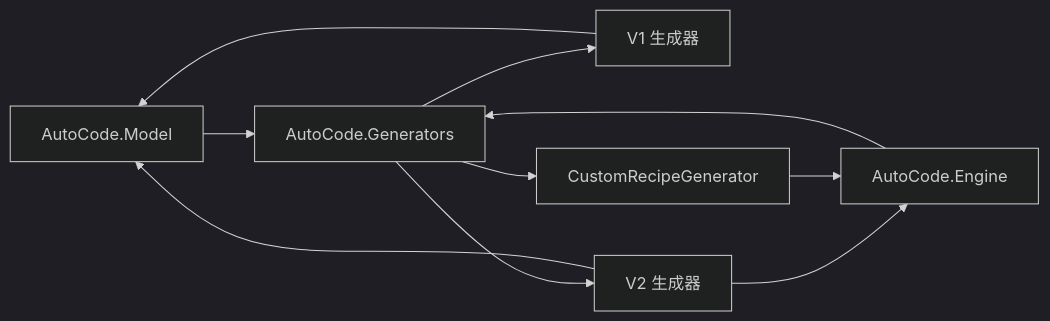
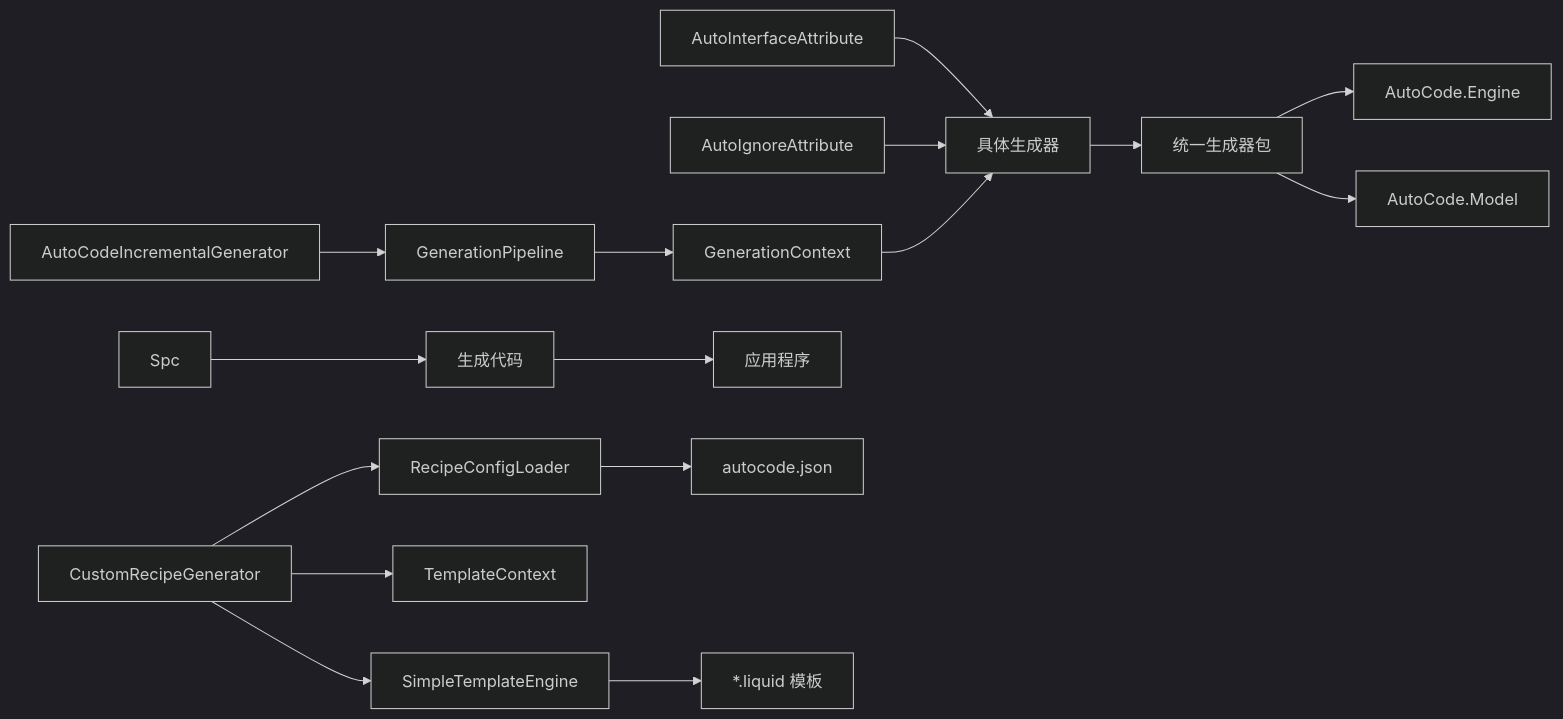
One commit to alivy/AutoCode changed the seventh of 7 diagrams in .qoder/repowiki/zh/content/源代码生成器/源代码生成器.md. Above: the diagram before and after it, drawn with Mermaid (dark theme). The commit also changed other lines of this file and 183 other files, not shown here.

````diff
--- a/.qoder/repowiki/zh/content/源代码生成器/源代码生成器.md
+++ b/.qoder/repowiki/zh/content/源代码生成器/源代码生成器.md
@@ -213,12 +637,18 @@
 ```mermaid
 graph LR
-Model["AutoCode.Model"] --> Generators["AutoCode.Generators"]
-Engine["AutoCode.Engine"] --> Generators
-Generators --> V1["V1 生成器"]
-Generators --> V2["V2 生成器"]
-Generators --> Custom["CustomRecipeGenerator"]
-V1 --> Model
-V2 --> Model
-V2 --> Engine
-Custom --> Engine
+Attr["AutoInterfaceAttribute"] --> Gen["具体生成器"]
+Ignore["AutoIgnoreAttribute"] --> Gen
+Gen --> UniGen["统一生成器包"]
+IncGen["AutoCodeIncrementalGenerator"] --> Pipe["GenerationPipeline"]
+Pipe --> Ctx["GenerationContext"]
+Ctx --> Gen
+Spc --> Out["生成代码"]
+Out --> App["应用程序"]
+UniGen --> Engine["AutoCode.Engine"]
+UniGen --> Model["AutoCode.Model"]
+CRGen["CustomRecipeGenerator"] --> ST["SimpleTemplateEngine"]
+CRGen --> TC["TemplateContext"]
+CRGen --> RCL["RecipeConfigLoader"]
+RCL --> JSON["autocode.json"]
+ST --> Tmpl["*.liquid 模板"]
 ```
````
